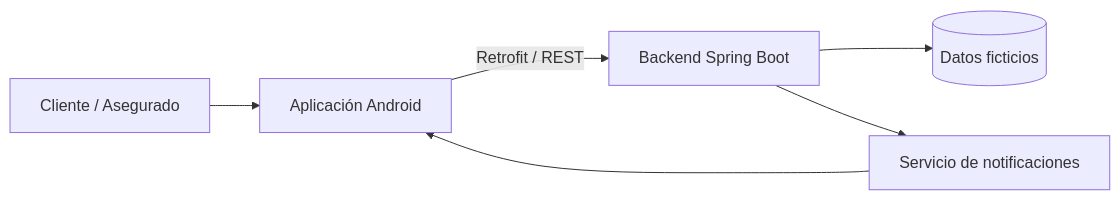
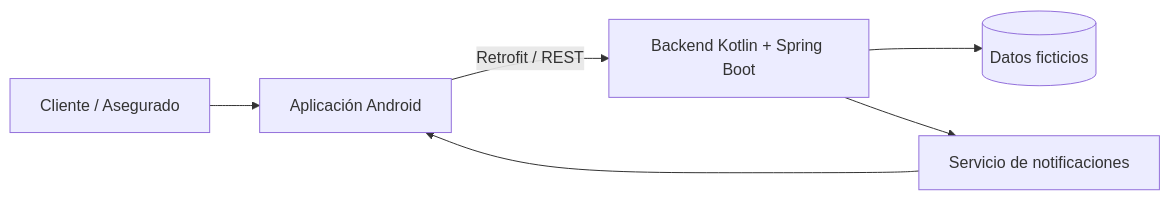
One commit to Nicricht/DesarrolloMovil changed the first of 3 diagrams in docs/01_ARQUITECTURA.md. Above: the diagram before and after it, drawn with Mermaid. The commit also changed other lines of this file, not shown here.

Commit message:
docs: actualizar arquitectura backend a Kotlin

````diff
--- a/docs/01_ARQUITECTURA.md
+++ b/docs/01_ARQUITECTURA.md
@@ -9,14 +9,14 @@
 ```mermaid
 flowchart LR
     U[Cliente / Asegurado]
     APP[Aplicación Android]
-    API[Backend Spring Boot]
+    API[Backend Kotlin + Spring Boot]
     DATA[(Datos ficticios)]
     NOTIF[Servicio de notificaciones]
 
     U --> APP
     APP -->|Retrofit / REST| API
     API --> DATA
     API --> NOTIF
     NOTIF --> APP
 ```
````
